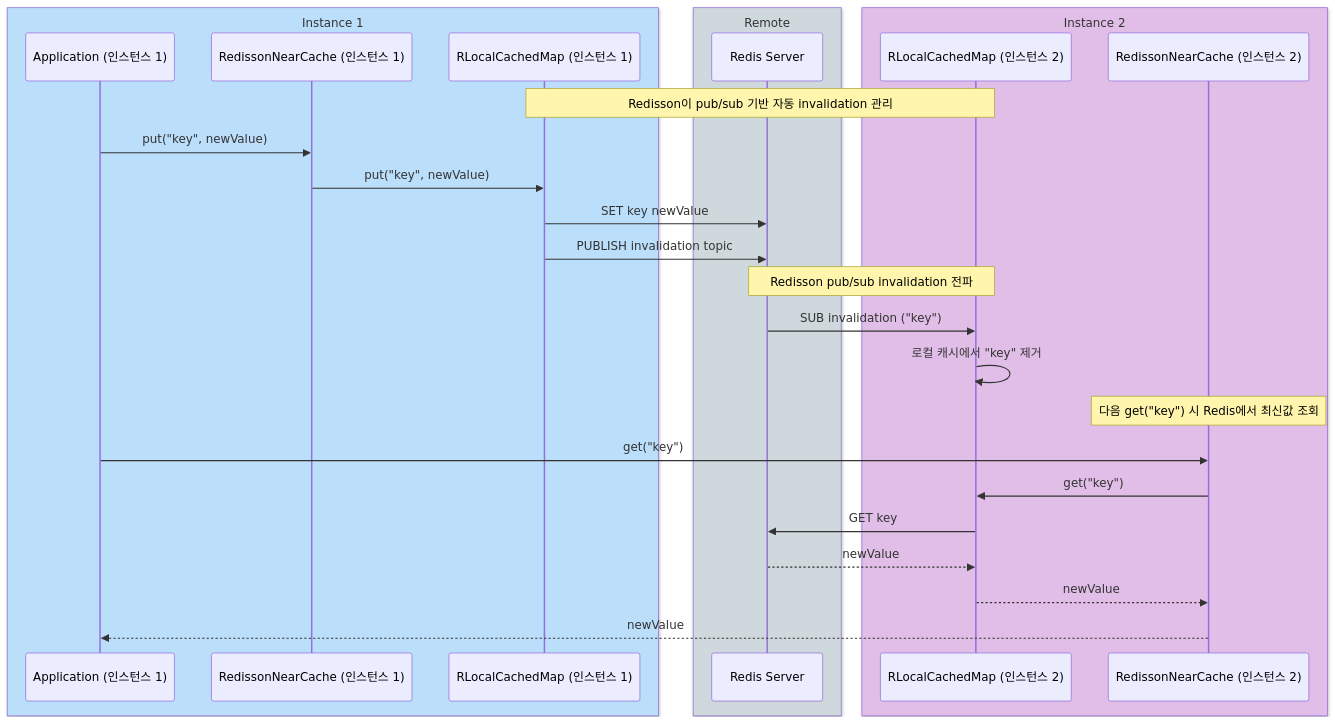
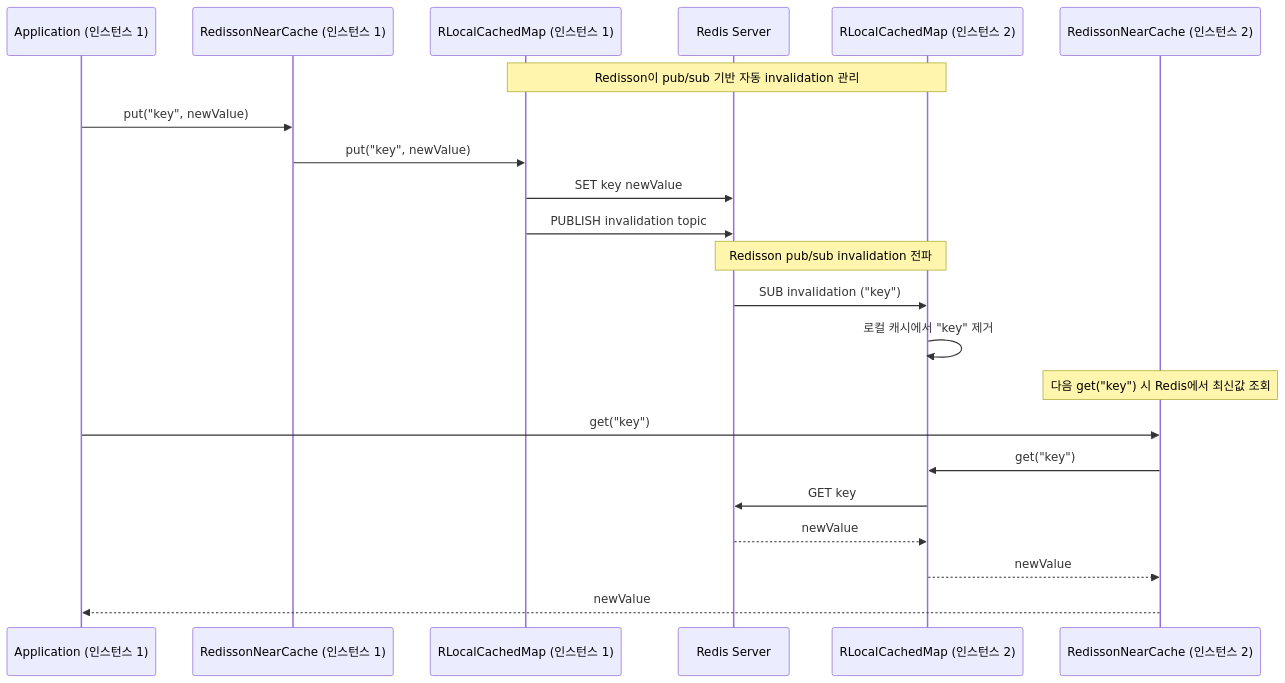
One commit to bluetape4k/bluetape4k-projects changed the second of 3 diagrams in infra/cache-redisson/README.ko.md. Above: the diagram before and after it, drawn with Mermaid. The commit also changed other lines of this file and 219 other files, not shown here.

First line of the commit message:
docs: 전체 README Mermaid 다이어그램 가이드 적용

````diff
--- a/infra/cache-redisson/README.ko.md
+++ b/infra/cache-redisson/README.ko.md
@@ -150,30 +150,24 @@
 ```mermaid
 sequenceDiagram
-    box rgb(187,222,251) Instance 1
     participant App1 as Application (인스턴스 1)
     participant NC1 as RedissonNearCache (인스턴스 1)
     participant LCM1 as RLocalCachedMap (인스턴스 1)
-    end
-    box rgb(207,216,220) Remote
     participant Redis as Redis Server
-    end
-    box rgb(225,190,231) Instance 2
     participant LCM2 as RLocalCachedMap (인스턴스 2)
     participant NC2 as RedissonNearCache (인스턴스 2)
-    end
     Note over LCM1, LCM2: Redisson이 pub/sub 기반 자동 invalidation 관리
     App1 ->> NC1: put("key", newValue)
     NC1 ->> LCM1: put("key", newValue)
     LCM1 ->> Redis: SET key newValue
     LCM1 ->> Redis: PUBLISH invalidation topic
     Note over Redis, LCM2: Redisson pub/sub invalidation 전파
     Redis ->> LCM2: SUB invalidation ("key")
     LCM2 ->> LCM2: 로컬 캐시에서 "key" 제거
     Note over NC2: 다음 get("key") 시 Redis에서 최신값 조회
     App1 ->> NC2: get("key")
     NC2 ->> LCM2: get("key")
     LCM2 ->> Redis: GET key
     Redis -->> LCM2: newValue
     LCM2 -->> NC2: newValue
     NC2 -->> App1: newValue
 ```
````
